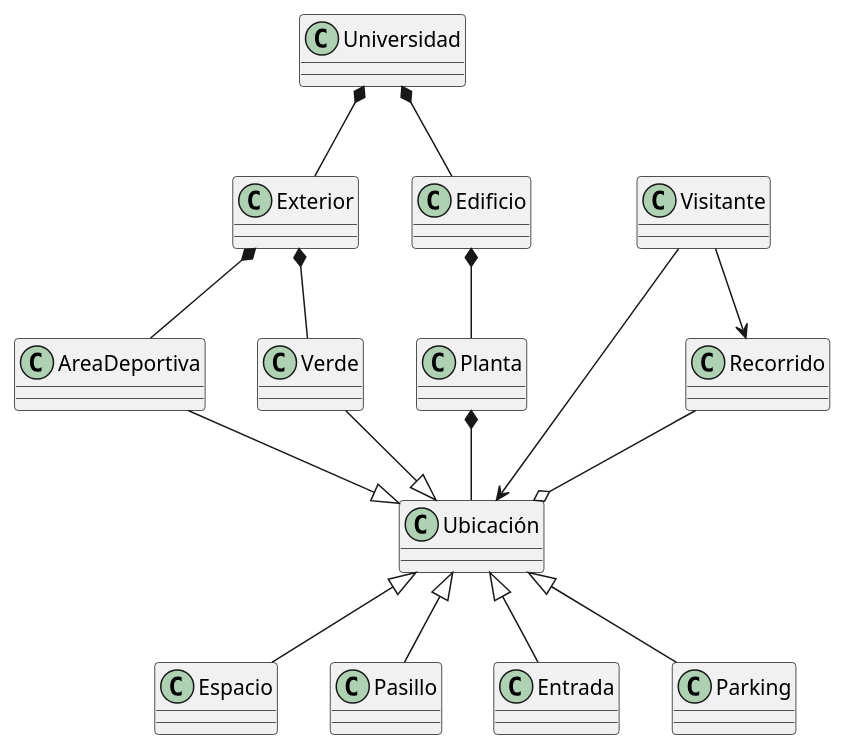
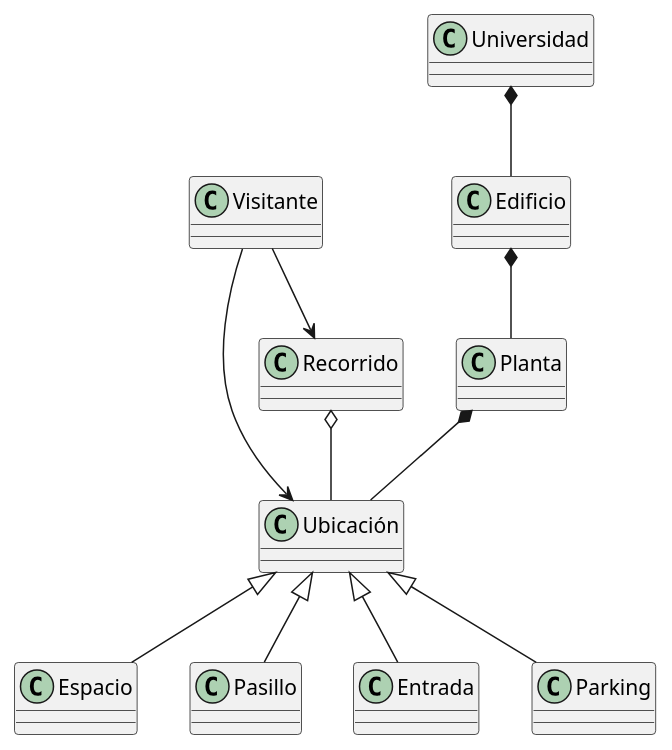
The diagram in documentos/00-modeloDeDominio/DiagramaDeClases/diagramaDeClases.puml (Camila-Lesly/25-26-idsw1-sdr), drawn with PlantUML before and after one commit. The commit also changed 1 other file, not shown here.

Commit message:
fix(diagram): simplify class diagram and remove unused classes

```diff
--- a/documentos/00-modeloDeDominio/DiagramaDeClases/diagramaDeClases.puml
+++ b/documentos/00-modeloDeDominio/DiagramaDeClases/diagramaDeClases.puml
@@ -1,33 +1,14 @@
 @startuml
-class Ubicación
-class Visitante
-class Espacio
-class Universidad
-class Edificio
-class Exterior
-class Planta
-class AreaDeportiva
-class Verde 
-class Recorrido
-class Pasillo
-class Entrada
-class Parking
 
 Visitante -->  Ubicación
 Visitante --> Recorrido
-Recorrido --o Ubicación
+Recorrido o-- Ubicación
 Universidad  *-- Edificio
 Edificio *-- Planta
-Universidad  *-- Exterior
-Exterior *-- AreaDeportiva
-Exterior *-- Verde
 Planta *-- Ubicación
 Espacio -up-|> Ubicación
 Pasillo -up-|> Ubicación
 Entrada -up-|> Ubicación
 Parking -up-|> Ubicación
-Verde --|> Ubicación
-AreaDeportiva -r-|> Ubicación
-Edificio -[hidden]l-> Exterior
-AreaDeportiva -[hidden]r-> Recorrido
+
 @enduml
```
